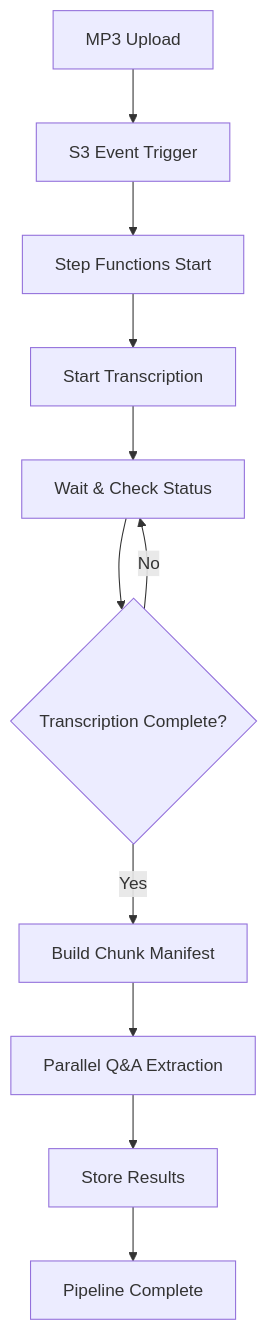
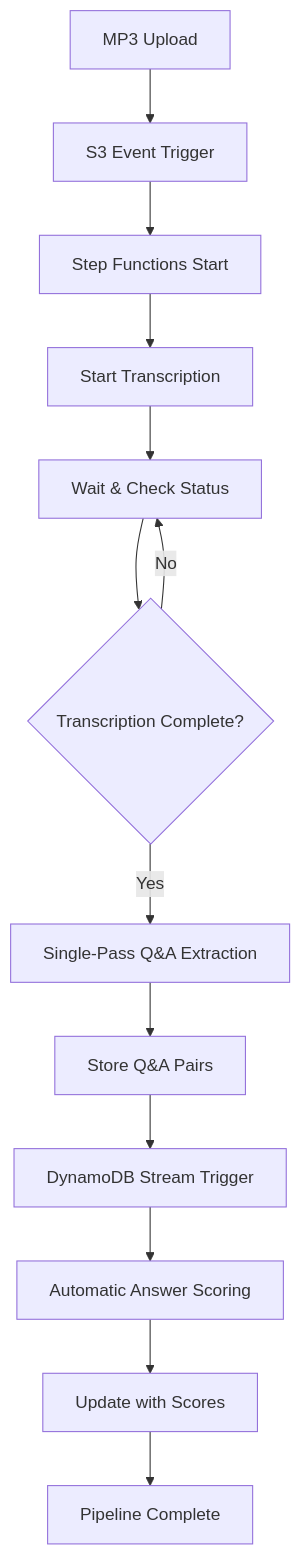
The diagram in README.md (wow-apps/workshop-serverless-applications-for-ai), drawn with Mermaid before and after one commit. The commit also changed other lines of this file, not shown here.

Commit message:
feat: Update README to reflect English language support and automatic scoring enhancements

````diff
--- a/README.md
+++ b/README.md
@@ -134,13 +147,15 @@
 ```mermaid
 graph TD
     A[MP3 Upload] --> B[S3 Event Trigger]
     B --> C[Step Functions Start]
     C --> D[Start Transcription]
     D --> E[Wait & Check Status]
     E --> F{Transcription Complete?}
     F -->|No| E
-    F -->|Yes| G[Build Chunk Manifest]
-    G --> H[Parallel Q&A Extraction]
-    H --> I[Store Results]
-    I --> J[Pipeline Complete]
+    F -->|Yes| G[Single-Pass Q&A Extraction]
+    G --> H[Store Q&A Pairs]
+    H --> I[DynamoDB Stream Trigger]
+    I --> J[Automatic Answer Scoring]
+    J --> K[Update with Scores]
+    K --> L[Pipeline Complete]
 ```
````
